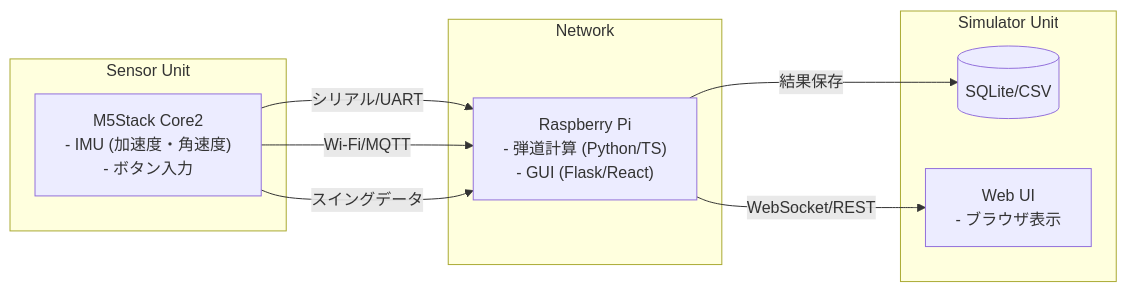
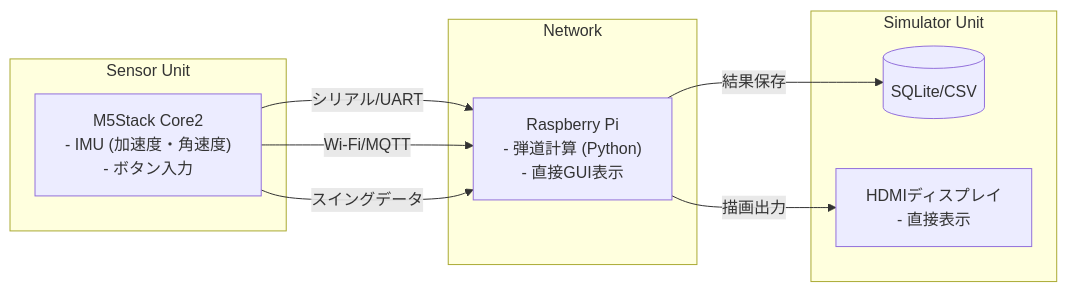
Before and after one commit to Hidenori24/Golf_HILS_System: the first of 4 diagrams in README.md, drawn with Mermaid. The commit also changed other lines of this file, not shown here.

````diff
--- a/README.md
+++ b/README.md
@@ -16,21 +24,21 @@
 ```mermaid
 graph LR
   subgraph Sensor Unit
     MS["M5Stack Core2<br/>- IMU (加速度・角速度)<br/>- ボタン入力"]
   end
 
   subgraph Network
     MS -- シリアル/UART --> RPI
     MS -- Wi-Fi/MQTT --> RPI
   end
 
   subgraph Simulator Unit
-    RPI["Raspberry Pi<br/>- 弾道計算 (Python/TS)<br/>- GUI (Flask/React)"]
+    RPI["Raspberry Pi<br/>- 弾道計算 (Python)<br/>- 直接GUI表示"]
     DB[(SQLite/CSV)]
-    UI[Web UI<br/>- ブラウザ表示]
+    DISP[HDMIディスプレイ<br/>- 直接表示]
   end
 
   MS -->|スイングデータ| RPI
   RPI -->|結果保存| DB
-  RPI -->|WebSocket/REST| UI
+  RPI -->|描画出力| DISP
 ```
````
